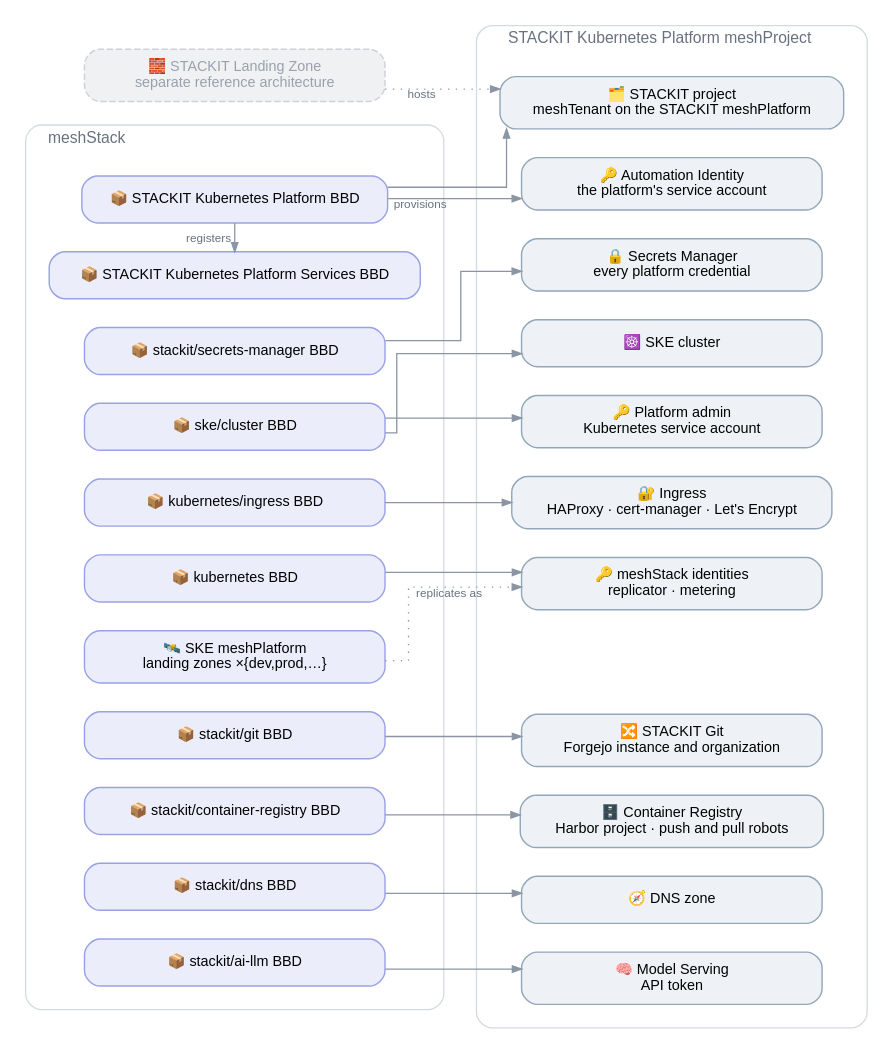
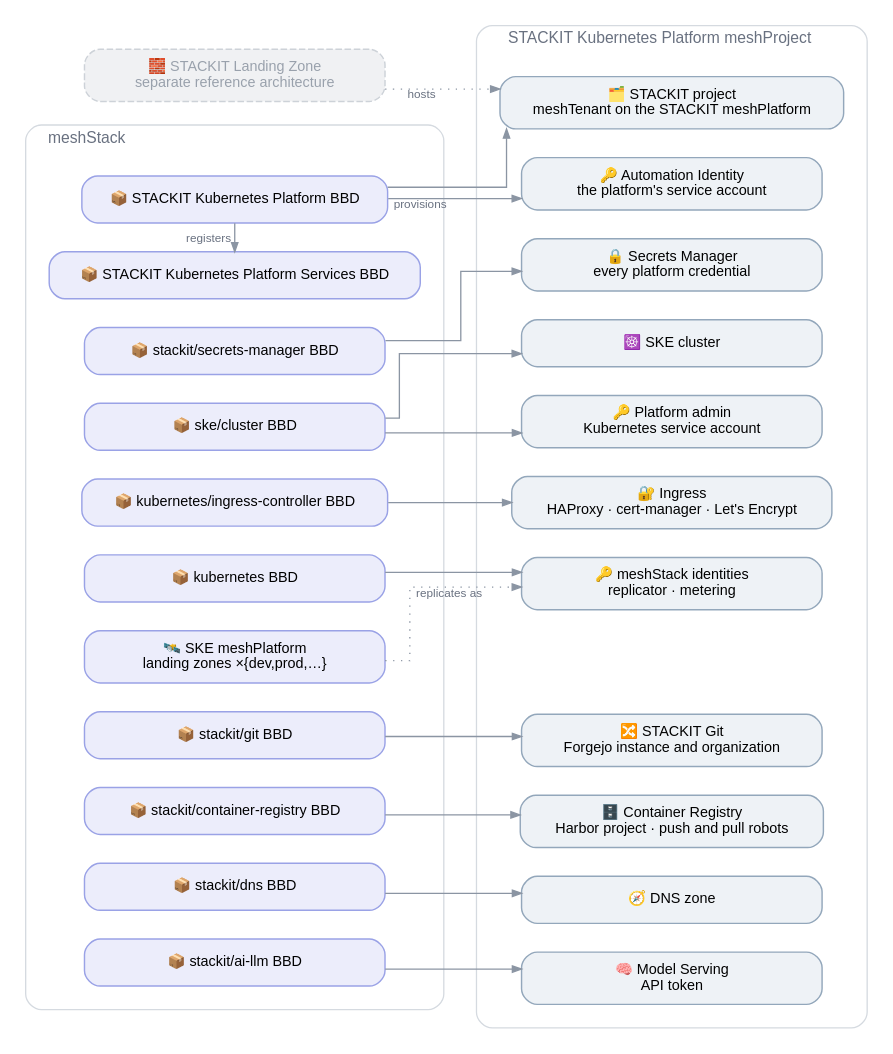
One commit to meshcloud/meshstack-hub changed the diagram in reference-architectures/stackit-kubernetes/stackit-kubernetes.dot. Above: the diagram before and after it, drawn with Graphviz. The commit also changed 8 other files, not shown here.

First line of the commit message:
feat(ref-arch/stackit-kubernetes): order the ingress controller from kubernetes/ingress-controller

```diff
--- a/reference-architectures/stackit-kubernetes/stackit-kubernetes.dot
+++ b/reference-architectures/stackit-kubernetes/stackit-kubernetes.dot
@@ -1,85 +1,85 @@
 /*
  * STACKIT Kubernetes (SKE) reference architecture — platform-team view: the definitions the platform
  * registers and what each provisions. The per-application-team view is
  * stackit-kubernetes-app-team.dot; the building block tree is stackit-kubernetes-building-blocks.dot.
  * rankdir=LR stacks each column top-down, so the diagram stays narrow.
  * Conventions: .agents/references/diagrams.md — render with: task diagrams
  */
 digraph stackit_kubernetes_platform {
   rankdir=LR
   splines=ortho
   forcelabels=true
   bgcolor="white"
   nodesep=0.3
   ranksep=0.85
 
   node [shape=box style="rounded,filled" fontname="Helvetica" fontsize=11
         fillcolor="#ffffff" color="#a2abb8" penwidth=1.1 margin="0.20,0.11" width=3.2]
   edge [fontname="Helvetica" fontsize=9 fontcolor="#697180" color="#8b95a3" arrowsize=0.7]
 
   LZBB [label="🧱 STACKIT Landing Zone\nseparate reference architecture"
         style="rounded,filled,dashed" fillcolor="#f0f1f3" color="#cdd2d8" fontcolor="#99a1ac"]
 
   subgraph cluster_mesh {
     label="  meshStack"
     labeljust=l
     fontname="Helvetica" fontsize=12 fontcolor="#697180"
     style="rounded" color="#d5dae0"
     margin=18
 
     OUTER  [label="📦 STACKIT Kubernetes Platform BBD" fillcolor="#ecedfb" color="#9aa2e6"]
     SVC    [label="📦 STACKIT Kubernetes Platform Services BBD" fillcolor="#ecedfb" color="#9aa2e6"]
     BBD_S  [label="📦 stackit/secrets-manager BBD" fillcolor="#ecedfb" color="#9aa2e6"]
     BBD_K  [label="📦 ske/cluster BBD" fillcolor="#ecedfb" color="#9aa2e6"]
-    BBD_I  [label="📦 kubernetes/ingress BBD" fillcolor="#ecedfb" color="#9aa2e6"]
+    BBD_I  [label="📦 kubernetes/ingress-controller BBD" fillcolor="#ecedfb" color="#9aa2e6"]
     BBD_A  [label="📦 kubernetes BBD" fillcolor="#ecedfb" color="#9aa2e6"]
     PLAT   [label="🛰️ SKE meshPlatform\nlanding zones ×{dev,prod,…}" fillcolor="#ecedfb" color="#9aa2e6"]
     BBD_G  [label="📦 stackit/git BBD" fillcolor="#ecedfb" color="#9aa2e6"]
     BBD_H  [label="📦 stackit/container-registry BBD" fillcolor="#ecedfb" color="#9aa2e6"]
     BBD_D  [label="📦 stackit/dns BBD" fillcolor="#ecedfb" color="#9aa2e6"]
     BBD_M  [label="📦 stackit/ai-llm BBD" fillcolor="#ecedfb" color="#9aa2e6"]
 
     // Under rankdir=LR a same-rank chain stacks upwards, so it runs bottom to top.
     { rank=same; BBD_M -> BBD_D -> BBD_H -> BBD_G -> PLAT -> BBD_A -> BBD_I -> BBD_K -> BBD_S -> SVC [style=invis] }
     { rank=same; SVC -> OUTER [dir=back xlabel="registers"] }
   }
 
   subgraph cluster_stackit {
     label="  STACKIT Kubernetes Platform meshProject"
     labeljust=l
     fontname="Helvetica" fontsize=12 fontcolor="#697180"
     style="rounded" color="#d5dae0"
     margin=18
 
     PROJ   [label="🗂️ STACKIT project\nmeshTenant on the STACKIT meshPlatform" fillcolor="#eef2f6" color="#93a7bb"]
     SA     [label="🔑 Automation Identity\nthe platform's service account" fillcolor="#eef2f6" color="#93a7bb"]
     SM     [label="🔒 Secrets Manager\nevery platform credential" fillcolor="#eef2f6" color="#93a7bb"]
     SKE    [label="☸️ SKE cluster" fillcolor="#eef2f6" color="#93a7bb"]
     KSA    [label="🔑 Platform admin\nKubernetes service account" fillcolor="#eef2f6" color="#93a7bb"]
     ING    [label="🔐 Ingress\nHAProxy · cert-manager · Let's Encrypt" fillcolor="#eef2f6" color="#93a7bb"]
     AGENT  [label="🔑 meshStack identities\nreplicator · metering" fillcolor="#eef2f6" color="#93a7bb"]
     GIT    [label="🔀 STACKIT Git\nForgejo instance and organization" fillcolor="#eef2f6" color="#93a7bb"]
     HARBOR [label="🗄️ Container Registry\nHarbor project · push and pull robots" fillcolor="#eef2f6" color="#93a7bb"]
     DNS    [label="🧭 DNS zone" fillcolor="#eef2f6" color="#93a7bb"]
     MODEL  [label="🧠 Model Serving\nAPI token" fillcolor="#eef2f6" color="#93a7bb"]
 
     // Keeps each resource level with its definition opposite the SKE Platform row.
     PAD [style=invis label=""]
 
     { rank=same; MODEL -> DNS -> HARBOR -> GIT -> PAD -> AGENT -> ING -> KSA -> SKE -> SM -> SA -> PROJ [style=invis] }
   }
 
   LZBB  -> PROJ   [xlabel="hosts" style=dotted]
   OUTER -> PROJ
   OUTER -> SA     [xlabel="provisions"]
   BBD_S -> SM
   BBD_K -> SKE
   BBD_K -> KSA
   BBD_I -> ING
   BBD_A -> AGENT
   PLAT  -> AGENT  [xlabel="replicates as" style=dotted]
   BBD_G -> GIT
   BBD_H -> HARBOR
   BBD_D -> DNS
   BBD_M -> MODEL
 }
```
